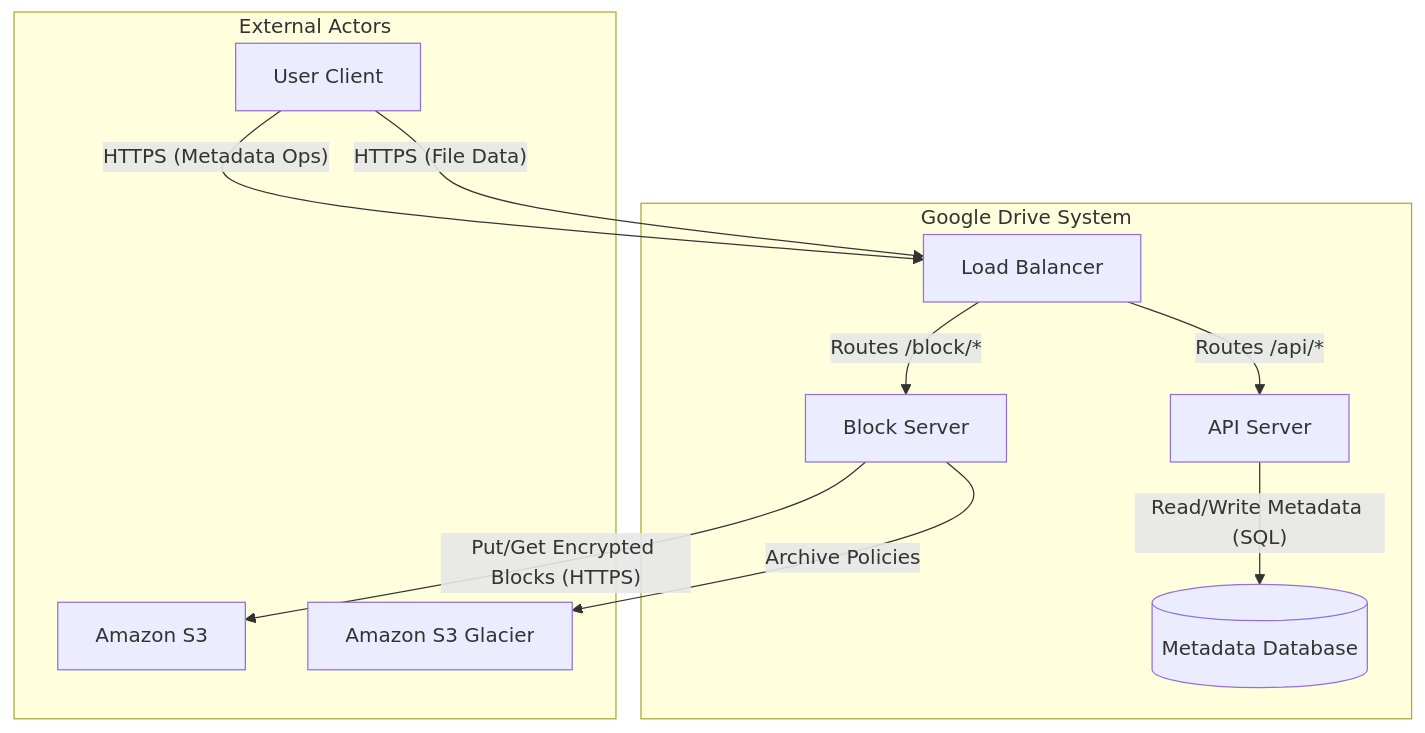
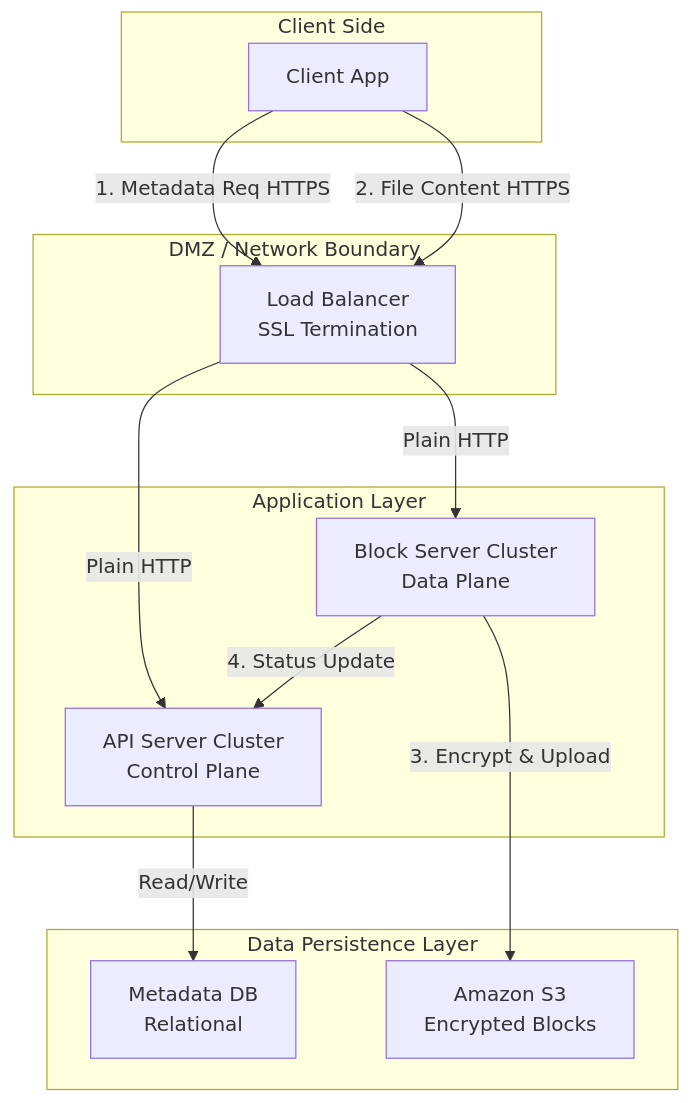
One commit to paulocer/DesignGoogleDrive changed the diagram in docs/experimento/gemini/LLMIteration-1.md. Above: the diagram before and after it, drawn with Mermaid. The commit also changed other lines of this file and 1 other file, not shown here.

````diff
--- a/docs/experimento/gemini/LLMIteration-1.md
+++ b/docs/experimento/gemini/LLMIteration-1.md
@@ -102,26 +149,29 @@
 ```mermaid
 graph TD
-    subgraph "Google Drive System"
-        LB[Load Balancer]
-        API[API Server]
-        Block[Block Server]
-        DB[(Metadata Database)]
+    subgraph "Client Side"
+        Client[Client App]
     end
 
-    subgraph "External Actors"
-        User[User Client]
-        S3[Amazon S3]
-        Glacier[Amazon S3 Glacier]
+    subgraph "DMZ / Network Boundary"
+        LB[Load Balancer<br> SSL Termination ]
     end
 
-    User -- "HTTPS (Metadata Ops)" --> LB
-    User -- "HTTPS (File Data)" --> LB
+    subgraph "Application Layer"
+        API[API Server Cluster<br> Control Plane ]
+        Block[Block Server Cluster<br> Data Plane ]
+    end
+
+    subgraph "Data Persistence Layer"
+        DB[ Metadata DB<br>Relational ]
+        S3[ Amazon S3<br>Encrypted Blocks ]
+    end
+
+    Client -- 1. Metadata Req  HTTPS  --> LB
+    LB -- Plain HTTP --> API
+    API -- Read/Write --> DB
     
-    LB -- "Routes /api/*" --> API
-    LB -- "Routes /block/*" --> Block
-
-    API -- "Read/Write Metadata (SQL)" --> DB
-    
-    Block -- "Put/Get Encrypted Blocks (HTTPS)" --> S3
-    Block -- "Archive Policies" --> Glacier
+    Client -- 2. File Content  HTTPS  --> LB
+    LB -- Plain HTTP --> Block
+    Block -- 3. Encrypt & Upload --> S3
+    Block -- 4. Status Update --> API
 ```
````
